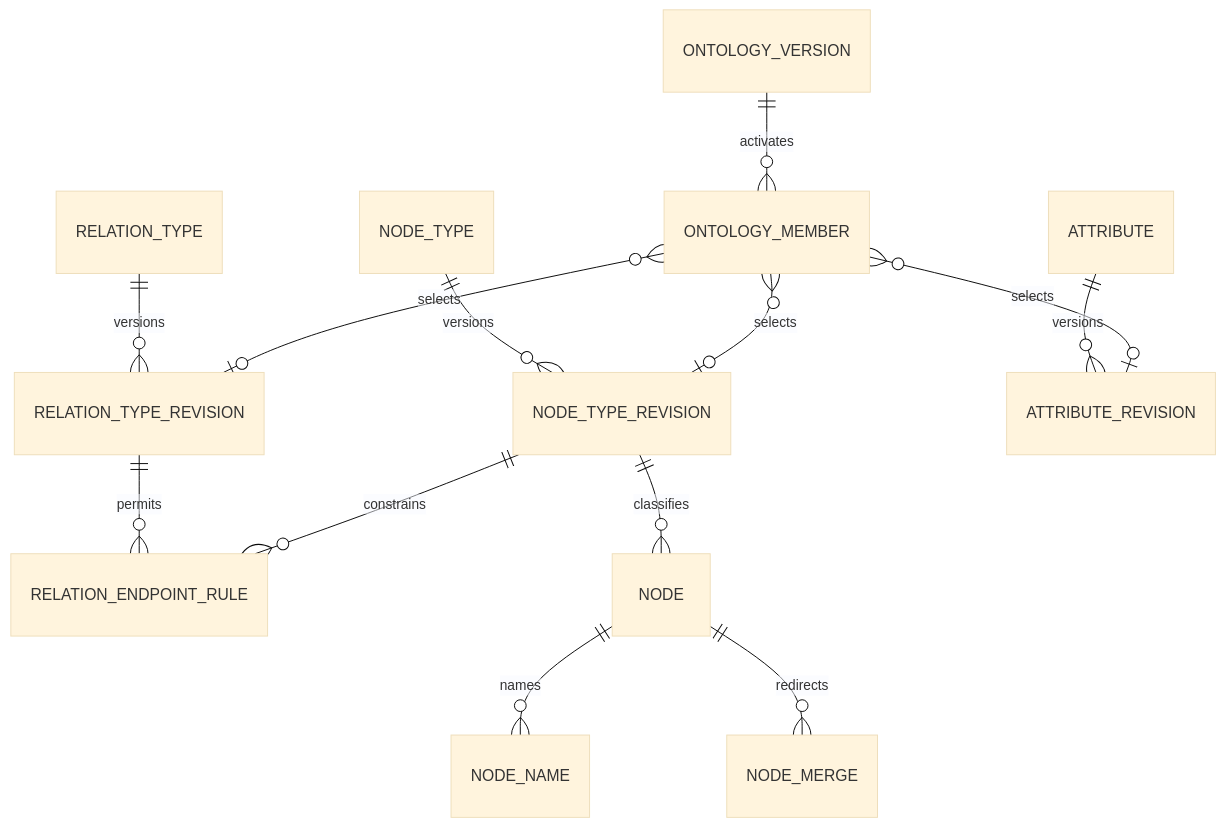
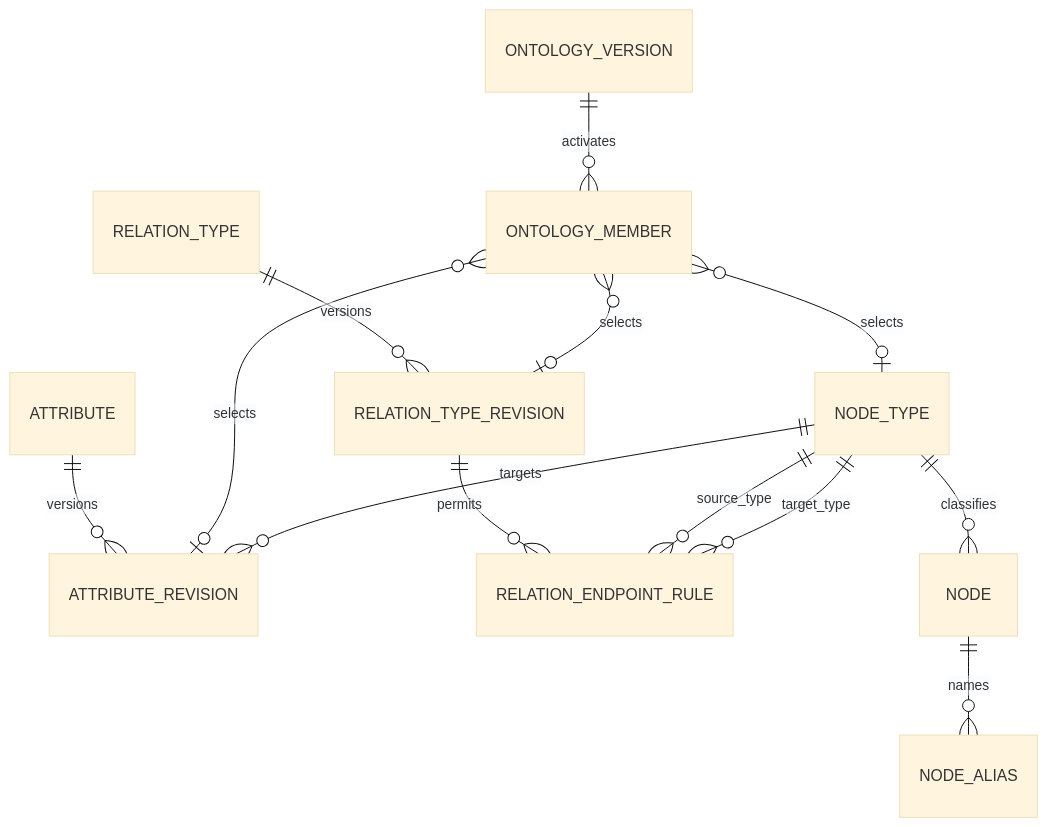
The third of 8 diagrams in logical-data-schema.md (studylida/ontology-map), drawn with Mermaid (base theme) before and after one commit. The commit also changed other lines of this file, not shown here.

Commit message:
docs: simplify ontology graph identity schema

````diff
--- a/logical-data-schema.md
+++ b/logical-data-schema.md
@@ -136,15 +138,15 @@
 ```mermaid
 erDiagram
     ONTOLOGY_VERSION ||--o{ ONTOLOGY_MEMBER : activates
-    NODE_TYPE ||--o{ NODE_TYPE_REVISION : versions
     RELATION_TYPE ||--o{ RELATION_TYPE_REVISION : versions
     ATTRIBUTE ||--o{ ATTRIBUTE_REVISION : versions
-    ONTOLOGY_MEMBER }o--o| NODE_TYPE_REVISION : selects
+    ONTOLOGY_MEMBER }o--o| NODE_TYPE : selects
     ONTOLOGY_MEMBER }o--o| RELATION_TYPE_REVISION : selects
     ONTOLOGY_MEMBER }o--o| ATTRIBUTE_REVISION : selects
     RELATION_TYPE_REVISION ||--o{ RELATION_ENDPOINT_RULE : permits
-    NODE_TYPE_REVISION ||--o{ RELATION_ENDPOINT_RULE : constrains
-    NODE_TYPE_REVISION ||--o{ NODE : classifies
-    NODE ||--o{ NODE_NAME : names
-    NODE ||--o{ NODE_MERGE : redirects
+    NODE_TYPE ||--o{ RELATION_ENDPOINT_RULE : source_type
+    NODE_TYPE ||--o{ RELATION_ENDPOINT_RULE : target_type
+    NODE_TYPE ||--o{ ATTRIBUTE_REVISION : targets
+    NODE_TYPE ||--o{ NODE : classifies
+    NODE ||--o{ NODE_ALIAS : names
 ```
````
